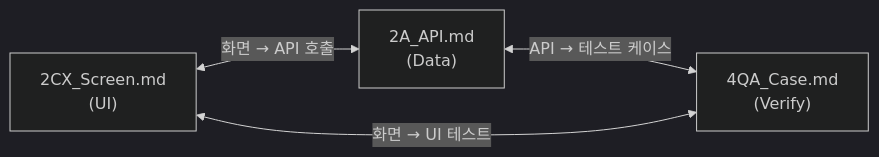
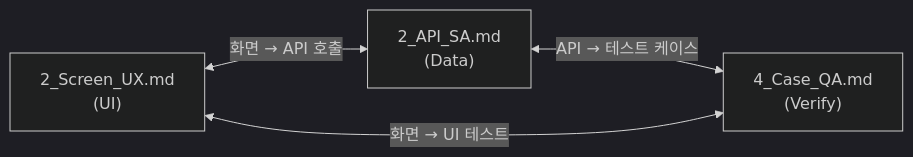
One commit to upleat-ax/u-maker-plugin changed the second of 4 diagrams in references/traceability-matrix.md. Above: the diagram before and after it, drawn with Mermaid (dark theme). The commit also changed other lines of this file and 61 other files, not shown here.

````diff
--- a/references/traceability-matrix.md
+++ b/references/traceability-matrix.md
@@ -58,10 +59,10 @@
 ```mermaid
 flowchart LR
-    SCREEN["2CX_Screen.md\n(UI)"]
-    API["2A_API.md\n(Data)"]
-    QA["4QA_Case.md\n(Verify)"]
+    SCREEN["2_Screen_UX.md\n(UI)"]
+    API["2_API_SA.md\n(Data)"]
+    QA["4_Case_QA.md\n(Verify)"]
 
     SCREEN <-->|화면 → API 호출| API
     API <-->|API → 테스트 케이스| QA
     SCREEN <-->|화면 → UI 테스트| QA
 ```
````
